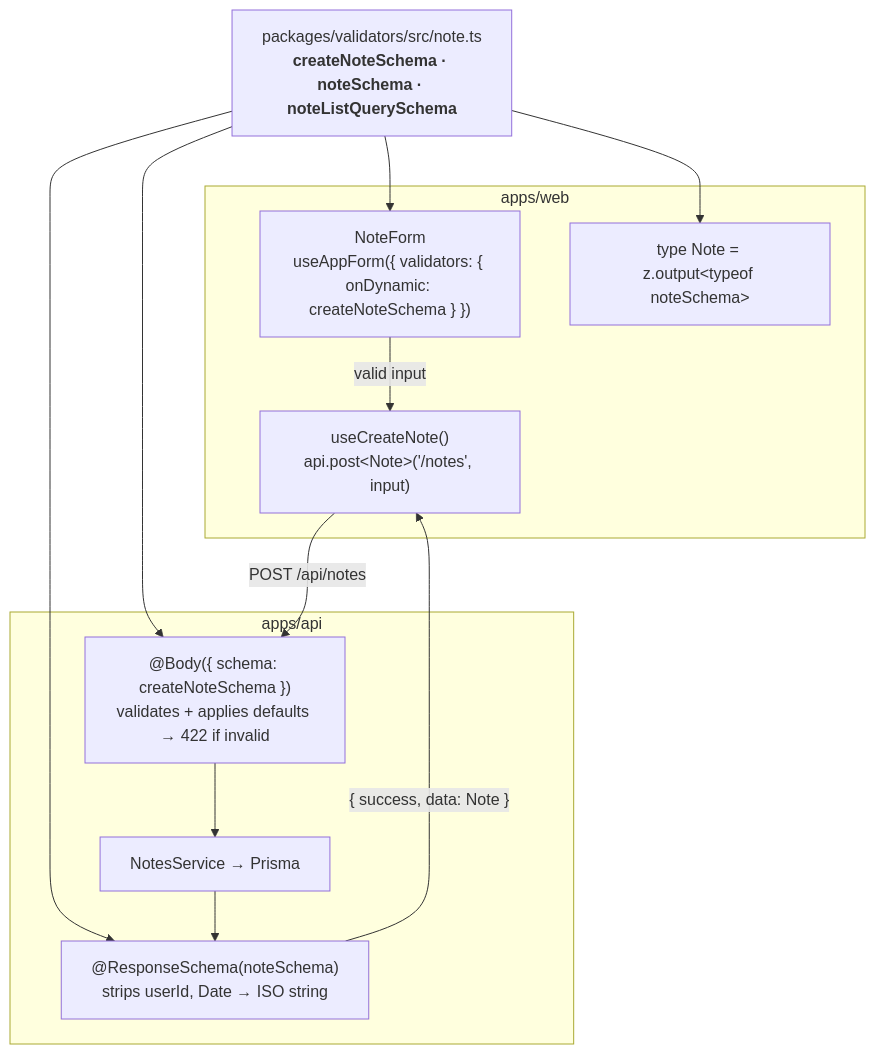
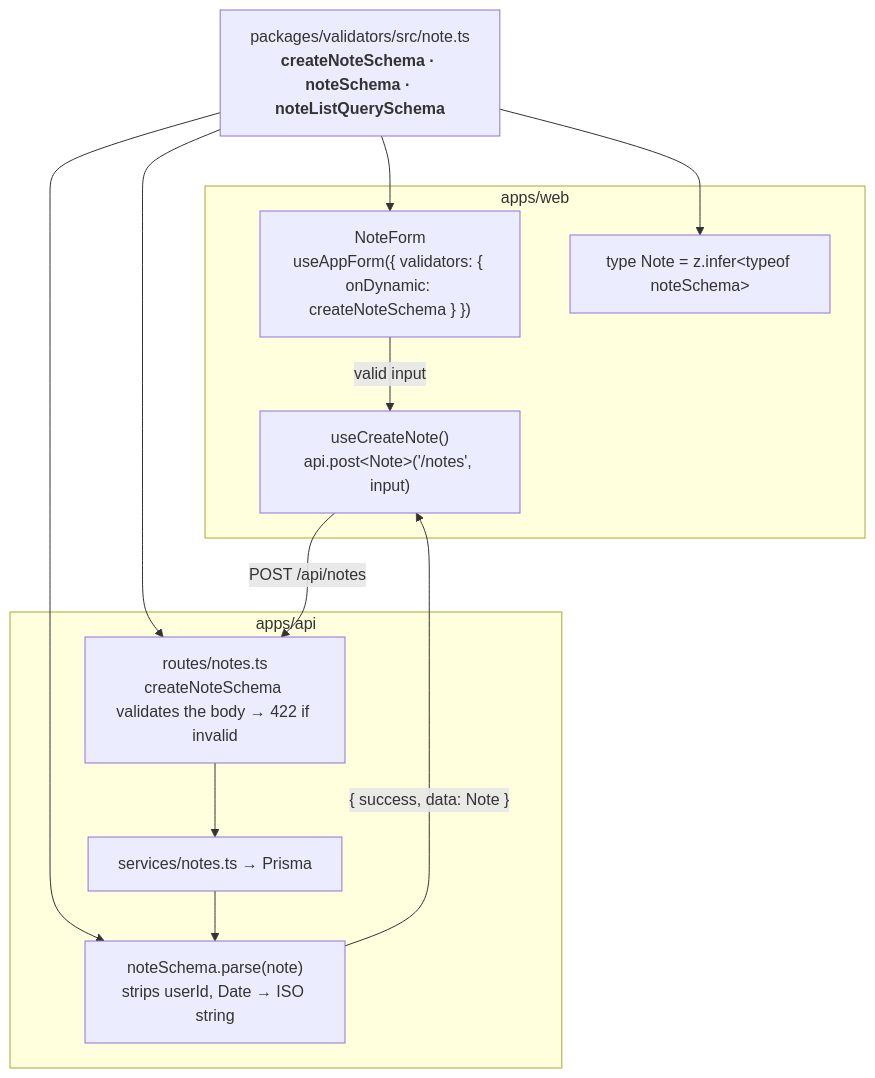
The second of 2 diagrams in template/packages/docs/validators-flow.md (nata-t/klin), drawn with Mermaid before and after one commit. The commit also changed other lines of this file and 9 other files, not shown here.

````diff
--- a/template/packages/docs/validators-flow.md
+++ b/template/packages/docs/validators-flow.md
@@ -6,25 +37,25 @@
 ```mermaid
 flowchart TB
   schema["packages/validators/src/note.ts<br/><b>createNoteSchema · noteSchema · noteListQuerySchema</b>"]
 
   subgraph Web["apps/web"]
     form["NoteForm<br/>useAppForm({ validators: { onDynamic: createNoteSchema } })"]
     hook["useCreateNote()<br/>api.post&lt;Note&gt;('/notes', input)"]
-    types1["type Note = z.output&lt;typeof noteSchema&gt;"]
+    types1["type Note = z.infer&lt;typeof noteSchema&gt;"]
   end
 
   subgraph API["apps/api"]
-    body["@Body({ schema: createNoteSchema })<br/>validates + applies defaults → 422 if invalid"]
-    service["NotesService → Prisma"]
-    out["@ResponseSchema(noteSchema)<br/>strips userId, Date → ISO string"]
+    body["routes/notes.ts<br/>createNoteSchema validates the body → 422 if invalid"]
+    service["services/notes.ts → Prisma"]
+    out["noteSchema.parse(note)<br/>strips userId, Date → ISO string"]
   end
 
   schema --> form
   schema --> types1
   schema --> body
   schema --> out
   form -- "valid input" --> hook
   hook -- "POST /api/notes" --> body
   body --> service --> out
   out -- "{ success, data: Note }" --> hook
 ```
````
